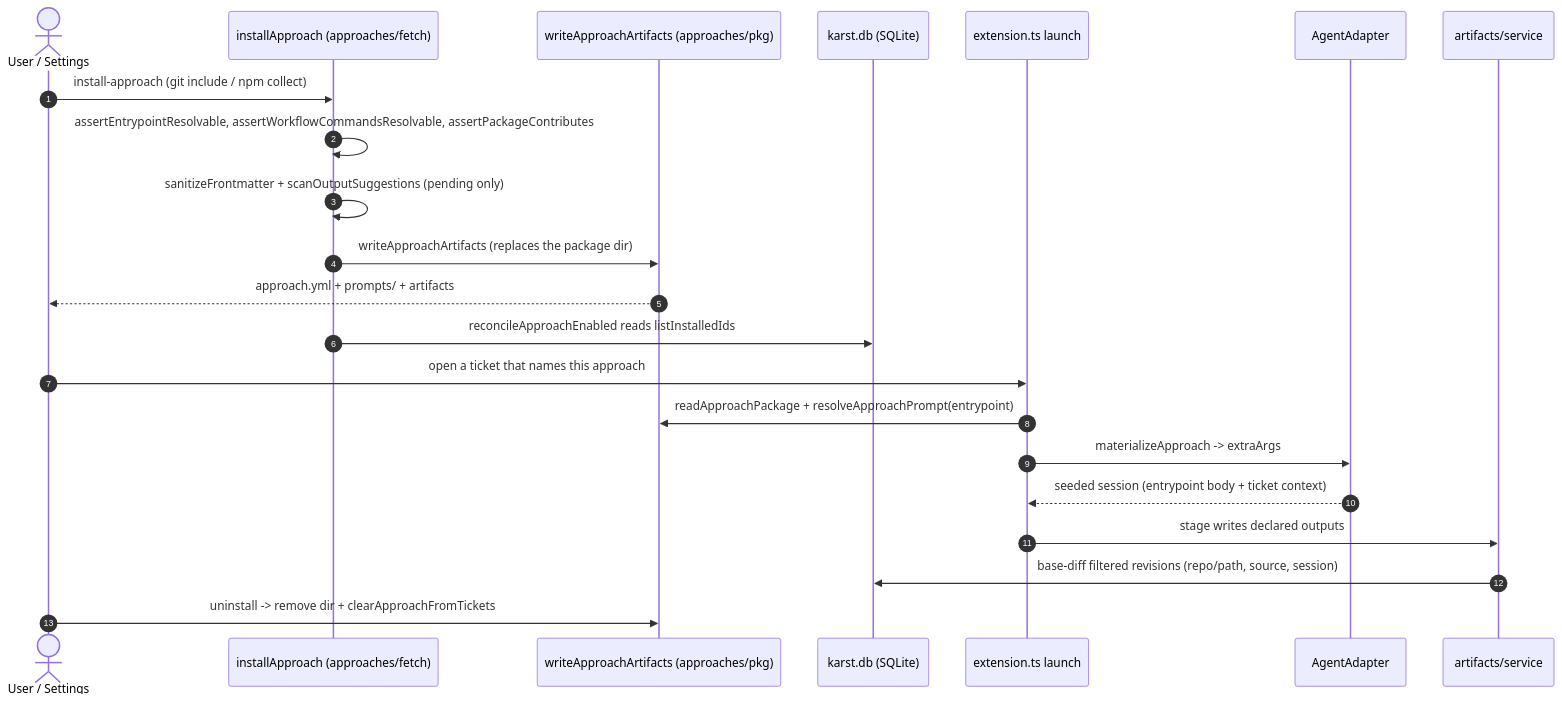
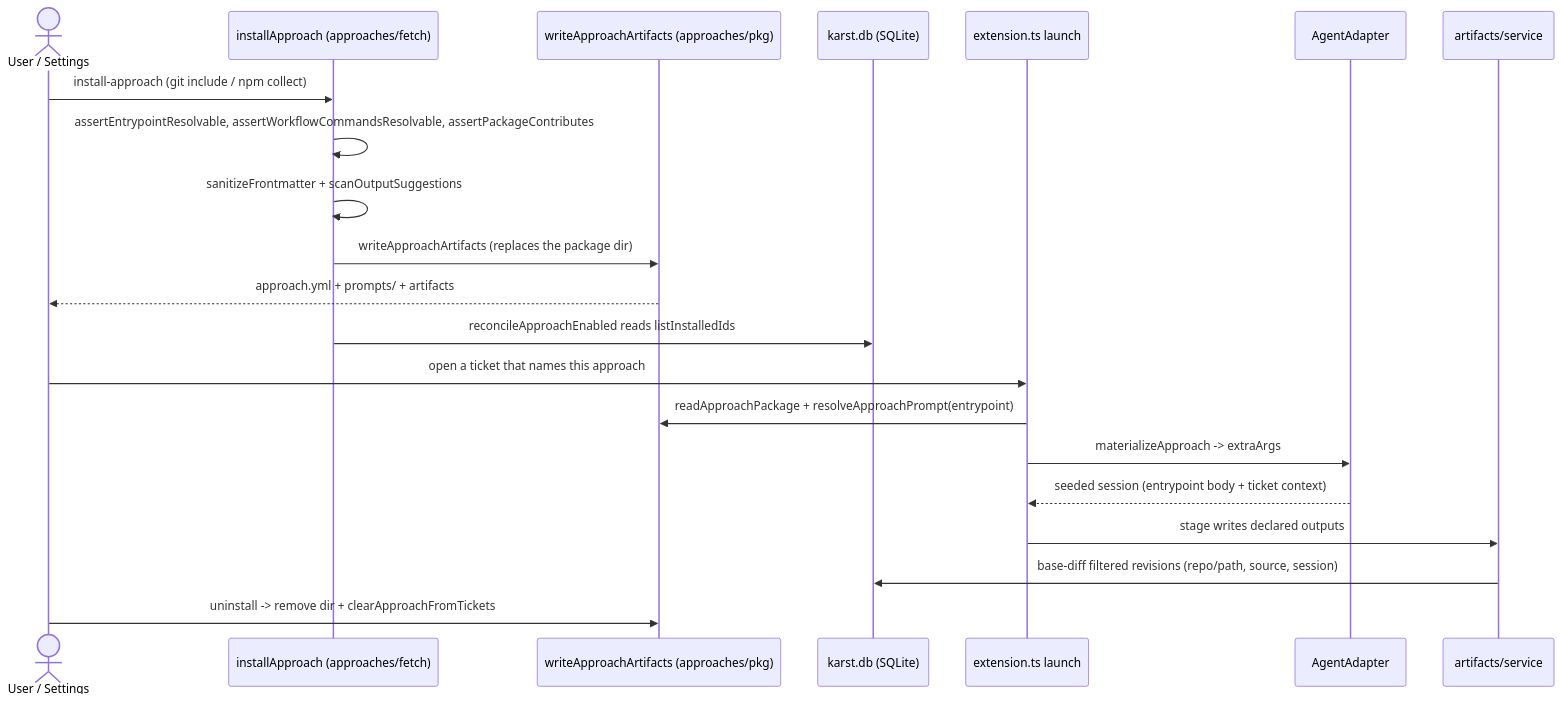
The diagram in docs/arch/approaches.md (AndrewHaluza/karst), drawn with Mermaid before and after one commit. The commit also changed other lines of this file and 20 other files, not shown here.

````diff
--- a/docs/arch/approaches.md
+++ b/docs/arch/approaches.md
@@ -30,25 +30,24 @@
 ```mermaid
 sequenceDiagram
-  autonumber
   actor User as User / Settings
   participant Fetch as installApproach (approaches/fetch)
   participant Pkg as writeApproachArtifacts (approaches/pkg)
   participant Store as karst.db (SQLite)
   participant Launch as extension.ts launch
   participant Adapter as AgentAdapter
   participant Cap as artifacts/service
 
   User->>Fetch: install-approach (git include / npm collect)
   Fetch->>Fetch: assertEntrypointResolvable, assertWorkflowCommandsResolvable, assertPackageContributes
-  Fetch->>Fetch: sanitizeFrontmatter + scanOutputSuggestions (pending only)
+  Fetch->>Fetch: sanitizeFrontmatter + scanOutputSuggestions
   Fetch->>Pkg: writeApproachArtifacts (replaces the package dir)
   Pkg-->>User: approach.yml + prompts/ + artifacts
   Fetch->>Store: reconcileApproachEnabled reads listInstalledIds
   User->>Launch: open a ticket that names this approach
   Launch->>Pkg: readApproachPackage + resolveApproachPrompt(entrypoint)
   Launch->>Adapter: materializeApproach -> extraArgs
   Adapter-->>Launch: seeded session (entrypoint body + ticket context)
   Launch->>Cap: stage writes declared outputs
   Cap->>Store: base-diff filtered revisions (repo/path, source, session)
   User->>Pkg: uninstall -> remove dir + clearApproachFromTickets
 ```
````
